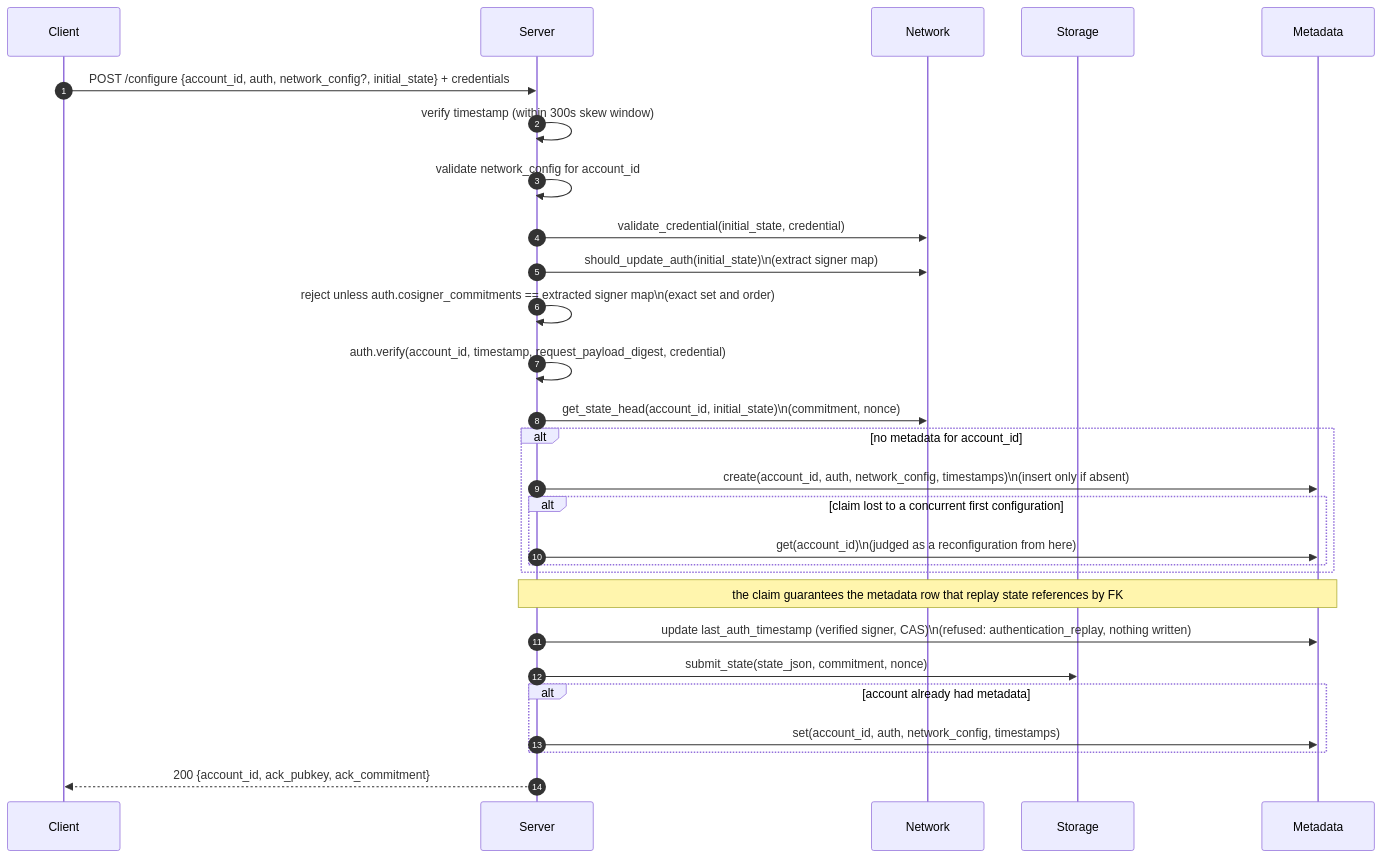
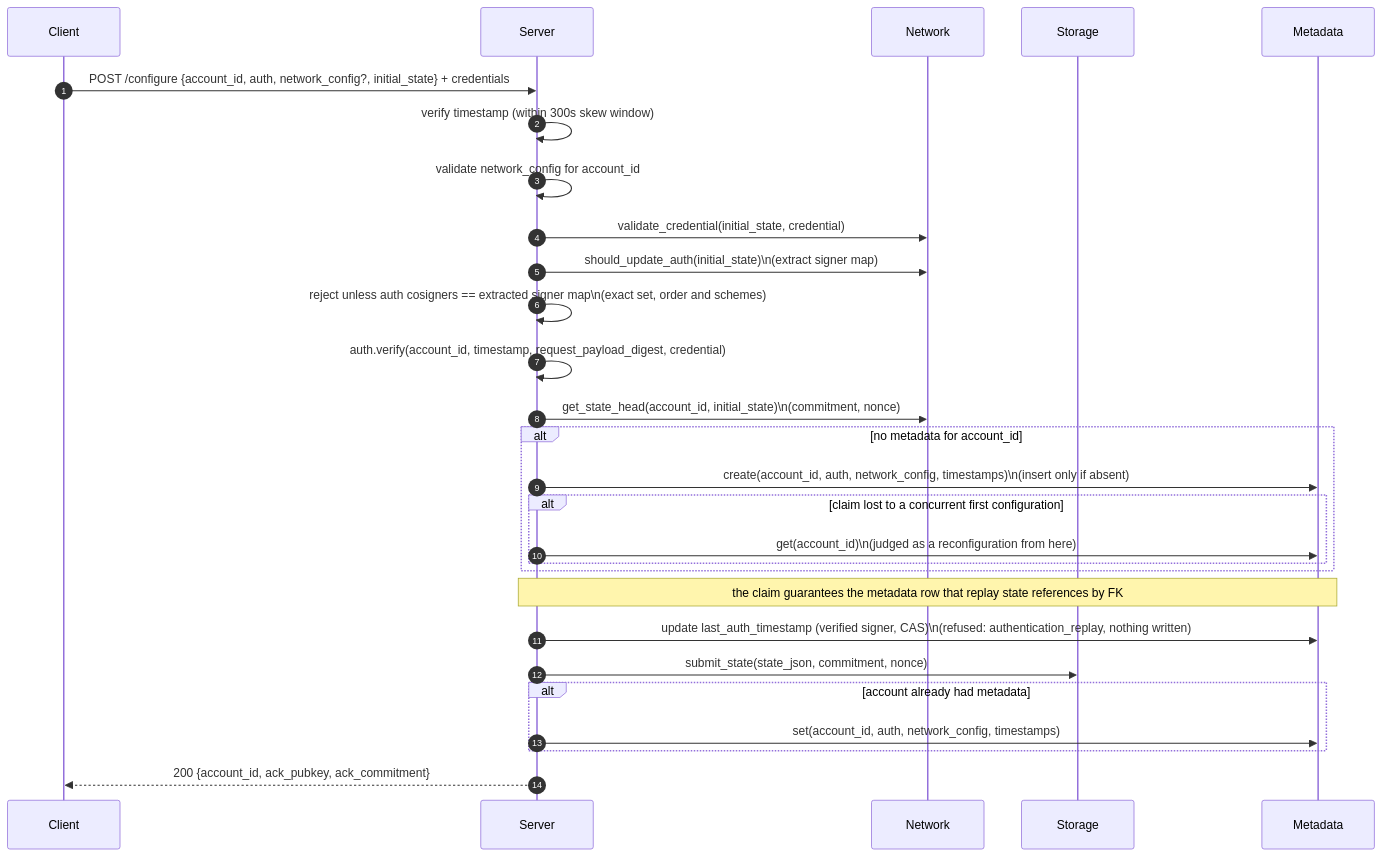
Before and after one commit to OpenZeppelin/guardian: the first of 11 diagrams in spec/processes.md, drawn with Mermaid. The commit also changed other lines of this file and 12 other files, not shown here.

First line of the commit message:
docs: per-signer signature schemes (#563)

````diff
--- a/spec/processes.md
+++ b/spec/processes.md
@@ -20,30 +20,30 @@
 ```mermaid
 sequenceDiagram
   autonumber
   participant C as Client
   participant S as Server
   participant N as Network
   participant ST as Storage
   participant M as Metadata
   C->>S: POST /configure {account_id, auth, network_config?, initial_state} + credentials
   S->>S: verify timestamp (within 300s skew window)
   S->>S: validate network_config for account_id
   S->>N: validate_credential(initial_state, credential)
   S->>N: should_update_auth(initial_state)\n(extract signer map)
-  S->>S: reject unless auth.cosigner_commitments == extracted signer map\n(exact set and order)
+  S->>S: reject unless auth cosigners == extracted signer map\n(exact set, order and schemes)
   S->>S: auth.verify(account_id, timestamp, request_payload_digest, credential)
   S->>N: get_state_head(account_id, initial_state)\n(commitment, nonce)
   alt no metadata for account_id
     S->>M: create(account_id, auth, network_config, timestamps)\n(insert only if absent)
     alt claim lost to a concurrent first configuration
       S->>M: get(account_id)\n(judged as a reconfiguration from here)
     end
   end
   Note over S,M: the claim guarantees the metadata row that replay state references by FK
   S->>M: update last_auth_timestamp (verified signer, CAS)\n(refused: authentication_replay, nothing written)
   S->>ST: submit_state(state_json, commitment, nonce)
   alt account already had metadata
     S->>M: set(account_id, auth, network_config, timestamps)
   end
   S-->>C: 200 {account_id, ack_pubkey, ack_commitment}
 ```
````
